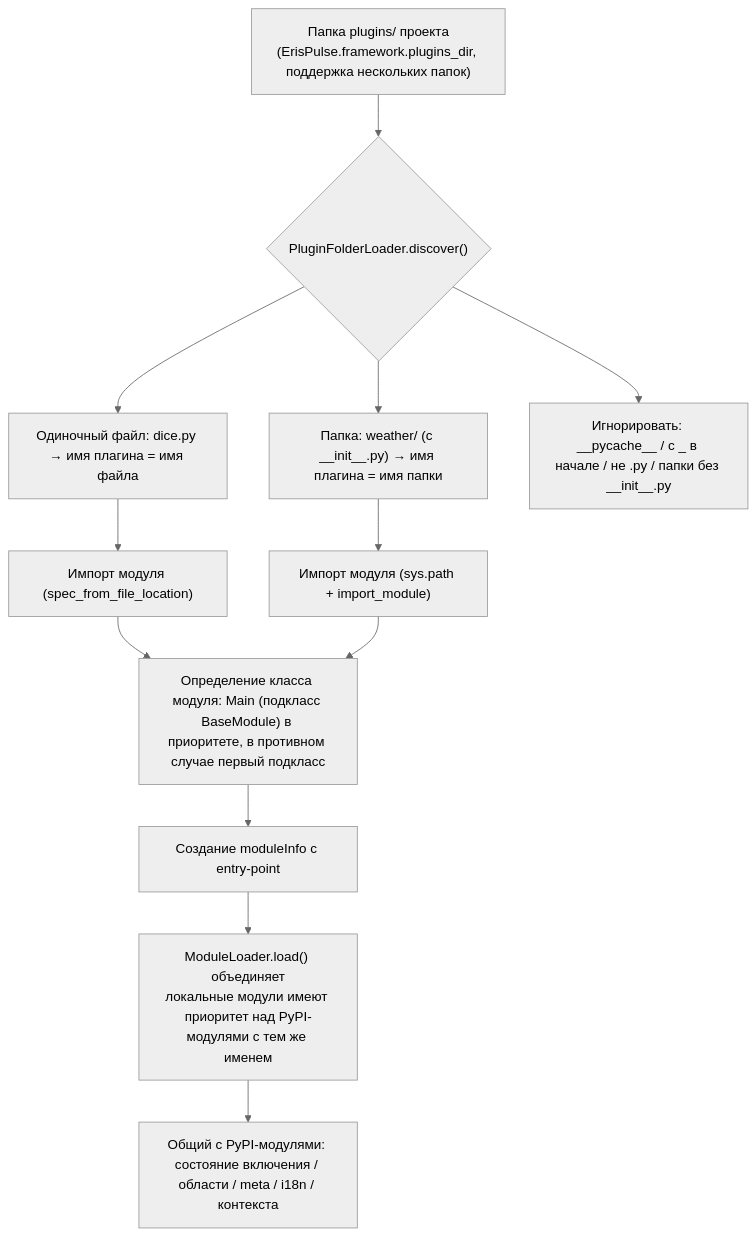
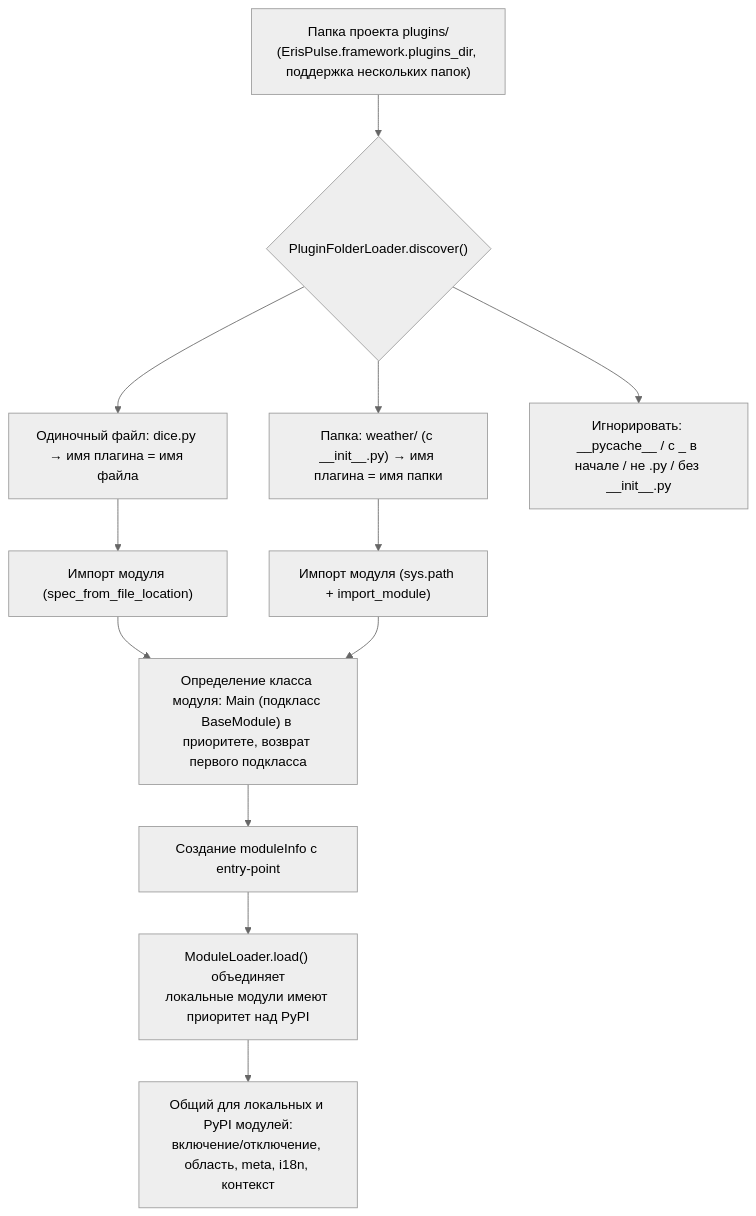
The eighth of 9 diagrams in docs/ru/architecture.md (ErisPulse/ErisPulse), drawn with Mermaid (neutral theme) before and after one commit. The commit also changed other lines of this file and 91 other files, not shown here.

````diff
--- a/docs/ru/architecture.md
+++ b/docs/ru/architecture.md
@@ -257,14 +258,14 @@
 ```mermaid
 flowchart TD
-    A["Папка plugins/ проекта<br/>(ErisPulse.framework.plugins_dir, поддержка нескольких папок)"] --> B{"PluginFolderLoader.discover()"}
+    A["Папка проекта plugins/<br/>(ErisPulse.framework.plugins_dir, поддержка нескольких папок)"] --> B{"PluginFolderLoader.discover()"}
     B --> C["Одиночный файл: dice.py → имя плагина = имя файла"]
     B --> D["Папка: weather/ (с __init__.py) → имя плагина = имя папки"]
-    B --> E["Игнорировать: __pycache__ / с _ в начале / не .py / папки без __init__.py"]
+    B --> E["Игнорировать: __pycache__ / с _ в начале / не .py / без __init__.py"]
     C --> F["Импорт модуля (spec_from_file_location)"]
     D --> G["Импорт модуля (sys.path + import_module)"]
-    F --> H["Определение класса модуля: Main (подкласс BaseModule) в приоритете, в противном случае первый подкласс"]
+    F --> H["Определение класса модуля: Main (подкласс BaseModule) в приоритете, возврат первого подкласса"]
     G --> H
     H --> I["Создание moduleInfo с entry-point"]
-    I --> J["ModuleLoader.load() объединяет<br/>локальные модули имеют приоритет над PyPI-модулями с тем же именем"]
-    J --> K["Общий с PyPI-модулями: <br/>состояние включения / области / meta / i18n / контекста"]
+    I --> J["ModuleLoader.load() объединяет<br/>локальные модули имеют приоритет над PyPI"]
+    J --> K["Общий для локальных и PyPI модулей:<br/>включение/отключение, область, meta, i18n, контекст"]
 ```
````
